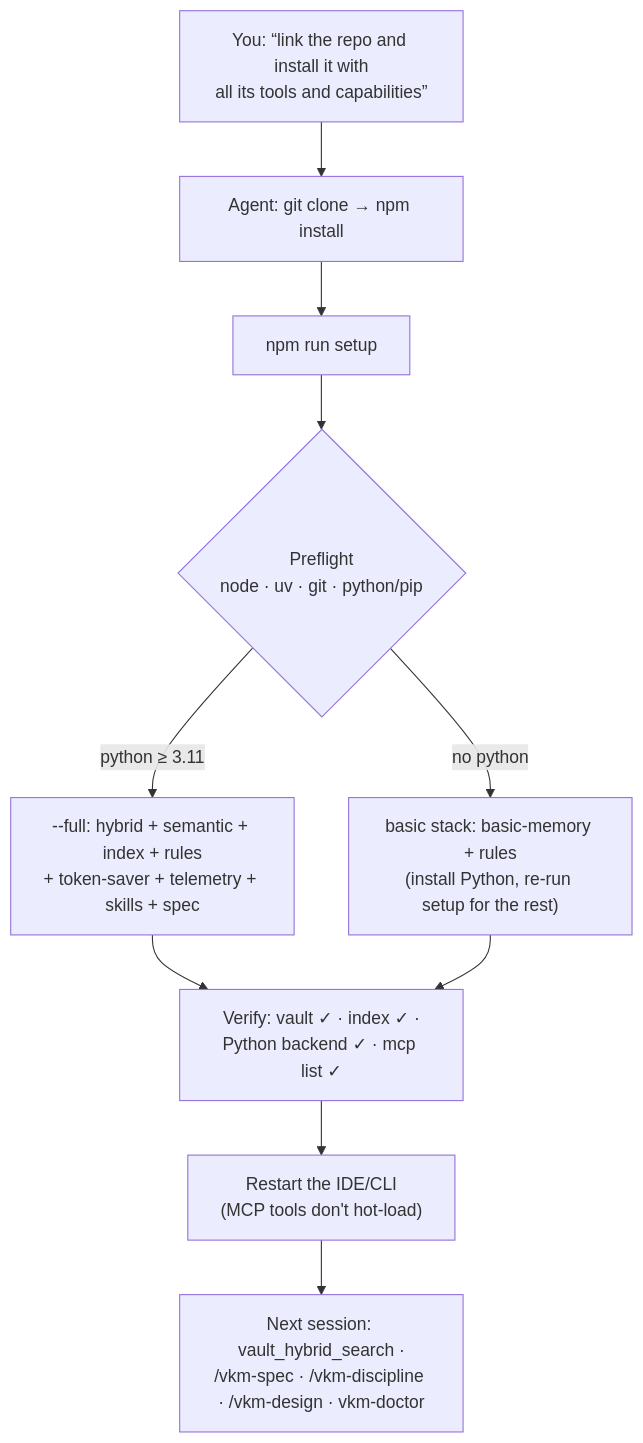
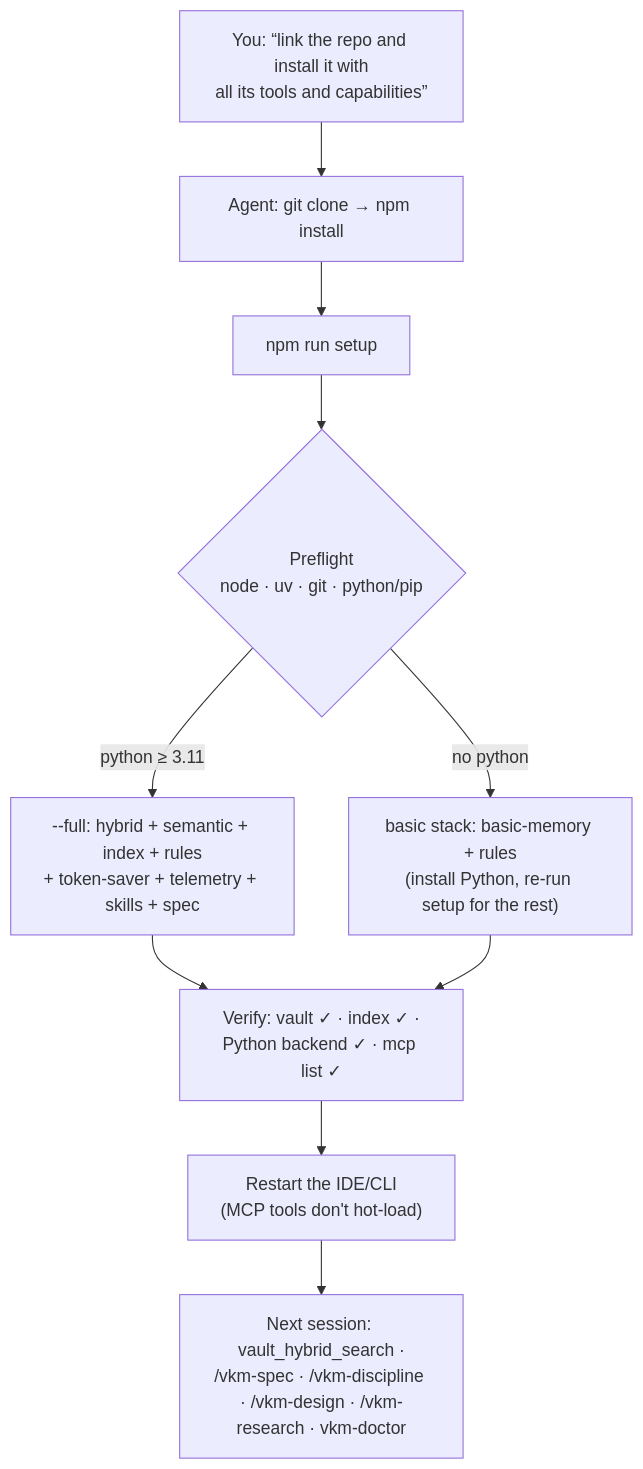
The diagram in docs/en/install-with-agent.md (Vahlame/create-vkm-kit), drawn with Mermaid before and after one commit. The commit also changed other lines of this file and 8 other files, not shown here.

First line of the commit message:
docs: list /vkm-research alongside the other three skills

````diff
--- a/docs/en/install-with-agent.md
+++ b/docs/en/install-with-agent.md
@@ -42,12 +42,12 @@
 ```mermaid
 flowchart TD
   P["You: “link the repo and install it with<br>all its tools and capabilities”"] --> C["Agent: git clone → npm install"]
   C --> S["npm run setup"]
   S --> PF{"Preflight<br>node · uv · git · python/pip"}
   PF -- "python ≥ 3.11" --> F["--full: hybrid + semantic + index + rules<br>+ token-saver + telemetry + skills + spec"]
   PF -- "no python" --> B["basic stack: basic-memory + rules<br>(install Python, re-run setup for the rest)"]
   F --> V["Verify: vault ✓ · index ✓ ·<br>Python backend ✓ · mcp list ✓"]
   B --> V
   V --> R["Restart the IDE/CLI<br>(MCP tools don't hot-load)"]
-  R --> L["Next session: vault_hybrid_search ·<br>/vkm-spec · /vkm-discipline · /vkm-design · vkm-doctor"]
+  R --> L["Next session: vault_hybrid_search ·<br>/vkm-spec · /vkm-discipline · /vkm-design · /vkm-research · vkm-doctor"]
 ```
````
